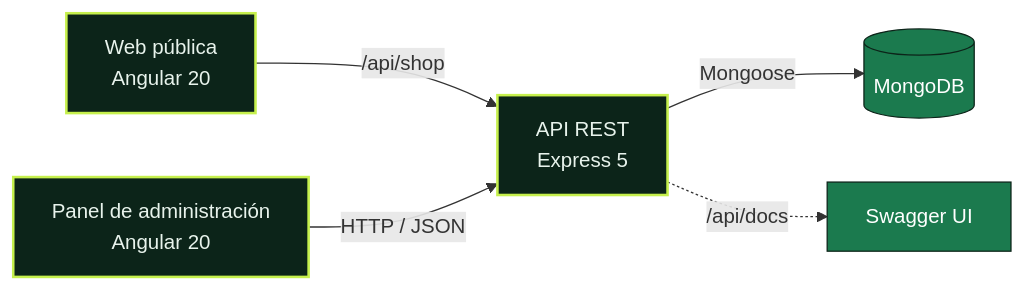
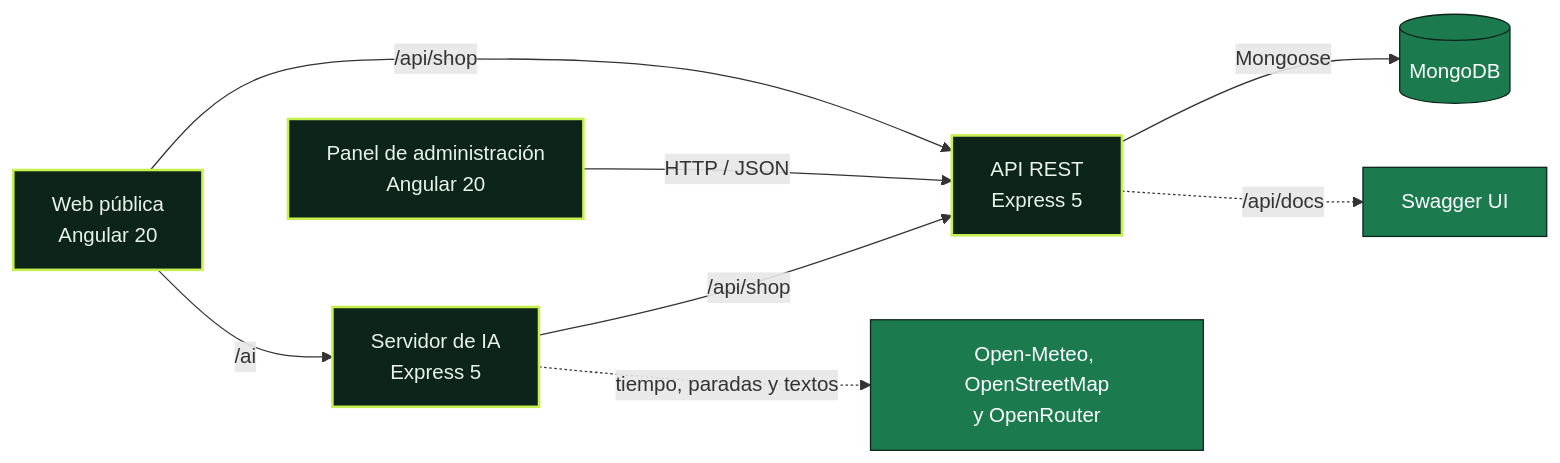
Before and after one commit to Mauro-vs/Routly: the diagram in README.md, drawn with Mermaid. The commit also changed other lines of this file and 3 other files, not shown here.

````diff
--- a/README.md
+++ b/README.md
@@ -156,11 +159,14 @@
 ```mermaid
 flowchart LR
     W["Web pública<br/>Angular 20"] -- "/api/shop" --> B["API REST<br/>Express 5"]
+    W -- "/ai" --> I["Servidor de IA<br/>Express 5"]
+    I -- "/api/shop" --> B
+    I -. "tiempo, paradas y textos" .-> E["Open-Meteo, OpenStreetMap<br/>y OpenRouter"]
     A["Panel de administración<br/>Angular 20"] -- "HTTP / JSON" --> B
     B -- "Mongoose" --> C[("MongoDB")]
     B -. "/api/docs" .-> D["Swagger UI"]
     classDef app fill:#0c2419,stroke:#c6f04d,color:#e8f3ec,stroke-width:2px
     classDef data fill:#1b7a4e,stroke:#0c2419,color:#ffffff
-    class A,B,W app
-    class C,D data
+    class A,B,W,I app
+    class C,D,E data
 ```
````
